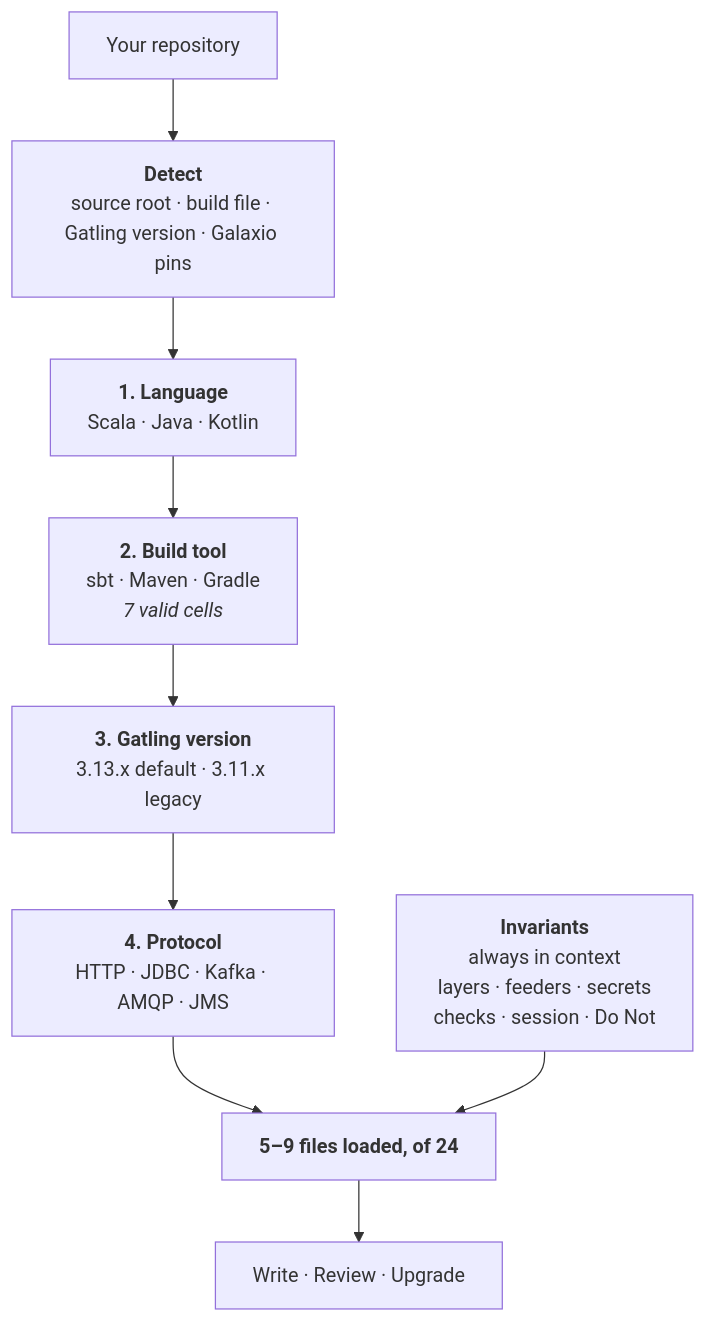
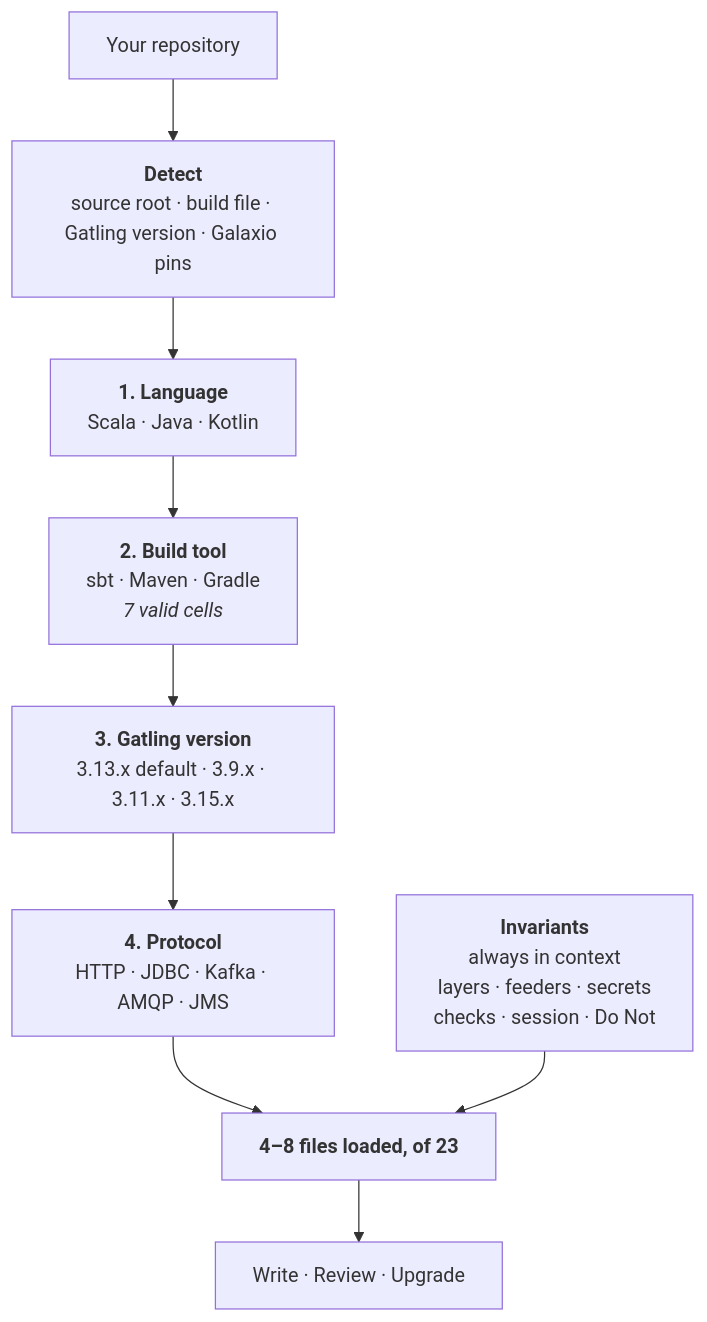
One commit to galax-io/ai-plugins changed the diagram in plugins/galaxio-gatling-pro/README.md. Above: the diagram before and after it, drawn with Mermaid. The commit also changed other lines of this file and 32 other files, not shown here.

````diff
--- a/plugins/galaxio-gatling-pro/README.md
+++ b/plugins/galaxio-gatling-pro/README.md
@@ -70,16 +70,16 @@
 ```mermaid
 flowchart TD
     REPO["Your repository"] --> DET
 
     DET["<b>Detect</b><br/>source root · build file · Gatling version · Galaxio pins"]
 
     DET --> L["<b>1. Language</b><br/>Scala · Java · Kotlin"]
     L --> B["<b>2. Build tool</b><br/>sbt · Maven · Gradle<br/><i>7 valid cells</i>"]
-    B --> V["<b>3. Gatling version</b><br/>3.13.x default · 3.11.x legacy"]
+    B --> V["<b>3. Gatling version</b><br/>3.13.x default · 3.9.x · 3.11.x · 3.15.x"]
     V --> P["<b>4. Protocol</b><br/>HTTP · JDBC · Kafka · AMQP · JMS"]
 
-    P --> OUT["<b>5–9 files loaded, of 24</b>"]
+    P --> OUT["<b>4–8 files loaded, of 23</b>"]
     INV["<b>Invariants</b><br/>always in context<br/>layers · feeders · secrets<br/>checks · session · Do Not"] --> OUT
 
     OUT --> WORK["Write · Review · Upgrade"]
 ```
````
